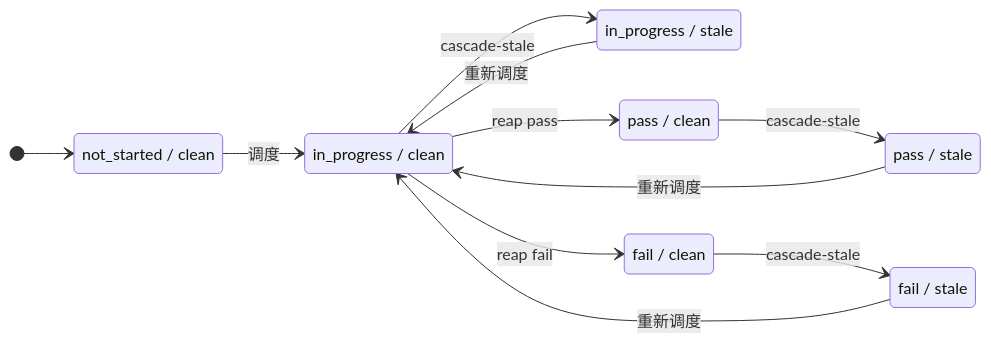
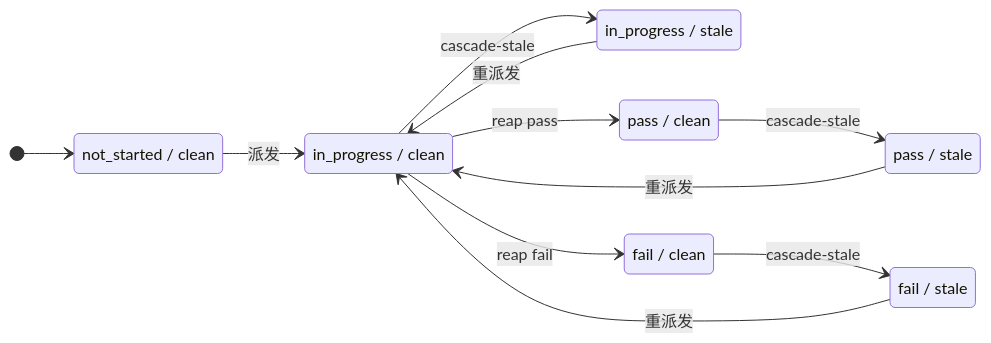
Before and after one commit to chipweaver/veripower: the first of 3 diagrams in ARCHITECTURE.zh.md, drawn with Mermaid. The commit also changed other lines of this file, not shown here.

First line of the commit message:
docs(zh): polish ARCHITECTURE.zh.md prose and fix a critical translation error

````diff
--- a/ARCHITECTURE.zh.md
+++ b/ARCHITECTURE.zh.md
@@ -257,22 +254,22 @@
 ```mermaid
 stateDiagram-v2
     direction LR
     state "not_started / clean" as NS
     state "in_progress / clean" as IPC
     state "in_progress / stale" as IPS
     state "pass / clean" as PC
     state "pass / stale" as PS
     state "fail / clean" as FC
     state "fail / stale" as FS
 
     [*] --> NS
-    NS --> IPC: 调度
+    NS --> IPC: 派发
     IPC --> PC: reap pass
     IPC --> FC: reap fail
     IPC --> IPS: cascade-stale
     PC --> PS: cascade-stale
     FC --> FS: cascade-stale
-    PS --> IPC: 重新调度
-    FS --> IPC: 重新调度
-    IPS --> IPC: 重新调度
+    PS --> IPC: 重派发
+    FS --> IPC: 重派发
+    IPS --> IPC: 重派发
 ```
````
